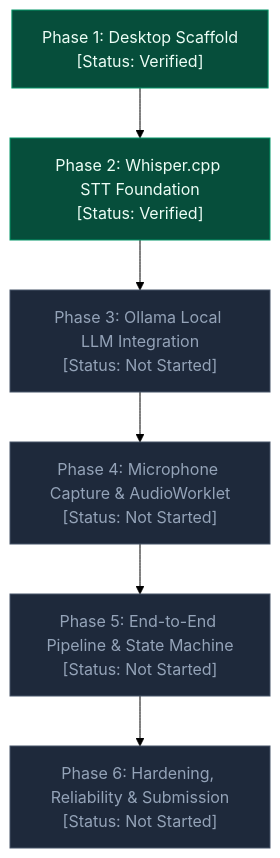
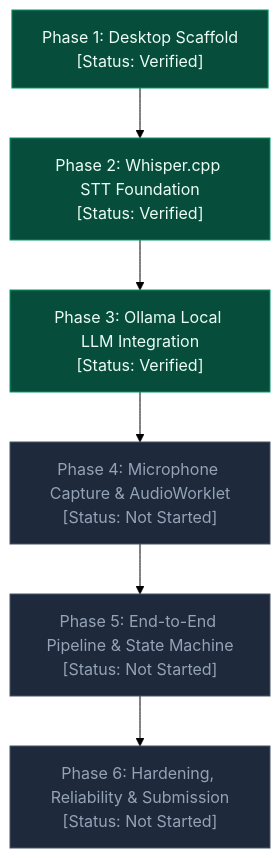
Before and after one commit to AbhiJeetSoni22/Local-AI-Conversation-Assistant: the diagram in docs/PROJECT_ROADMAP.md, drawn with Mermaid (forest theme). The commit also changed other lines of this file and 22 other files, not shown here.

Commit message:
feat: integrate Ollama local LLM streaming service and documentation

````diff
--- a/docs/PROJECT_ROADMAP.md
+++ b/docs/PROJECT_ROADMAP.md
@@ -15,13 +15,13 @@
 ```mermaid
 flowchart TD
     P1["Phase 1: Desktop Scaffold<br/>[Status: Verified]"] --> P2["Phase 2: Whisper.cpp STT Foundation<br/>[Status: Verified]"]
-    P2 --> P3["Phase 3: Ollama Local LLM Integration<br/>[Status: Not Started]"]
+    P2 --> P3["Phase 3: Ollama Local LLM Integration<br/>[Status: Verified]"]
     P3 --> P4["Phase 4: Microphone Capture & AudioWorklet<br/>[Status: Not Started]"]
     P4 --> P5["Phase 5: End-to-End Pipeline & State Machine<br/>[Status: Not Started]"]
     P5 --> P6["Phase 6: Hardening, Reliability & Submission<br/>[Status: Not Started]"]
 
     classDef done fill:#064e3b,stroke:#059669,color:#ecfdf5;
     classDef pending fill:#1e293b,stroke:#475569,color:#94a3b8;
-    class P1,P2 done;
-    class P3,P4,P5,P6 pending;
+    class P1,P2,P3 done;
+    class P4,P5,P6 pending;
 ```
````
